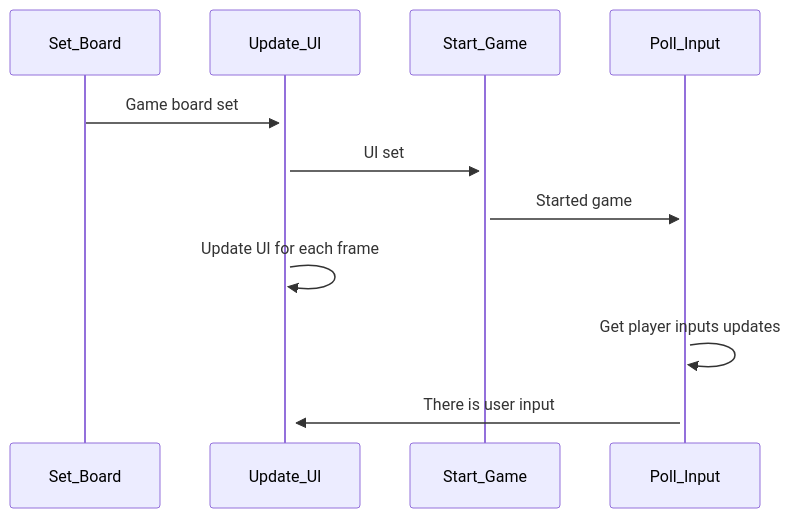
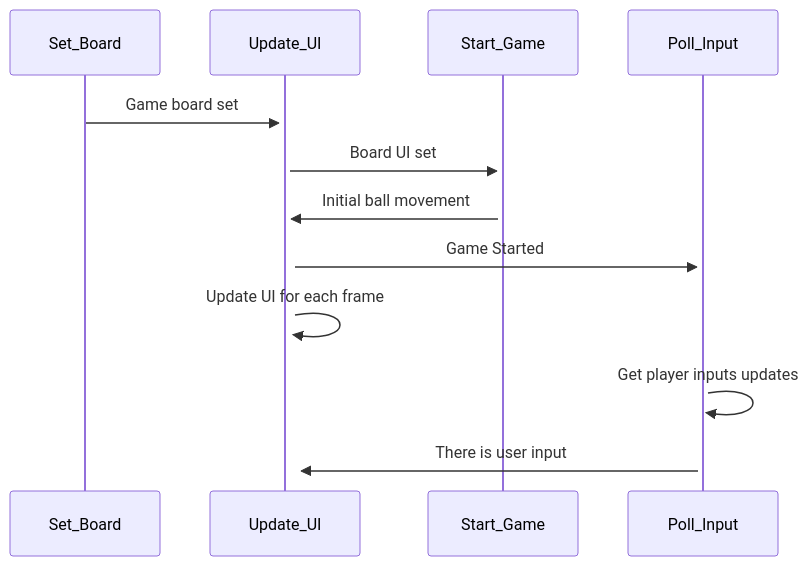
The first of 6 diagrams in Stage0/sequence-start.md (Engin-Boot/pong-stage-Azimcharoliya), drawn with Mermaid before and after one commit. The commit also changed other lines of this file, not shown here.

Commit message:
Updated Diagrams

````diff
--- a/Stage0/sequence-start.md
+++ b/Stage0/sequence-start.md
@@ -5,9 +7,10 @@
 ```mermaid
 sequenceDiagram
   Set_Board->>+Update_UI: Game board set
-  Update_UI->>+Start_Game: UI set
-  Start_Game->>+Poll_Input: Started game
+  Update_UI->>+Start_Game: Board UI set
+  Start_Game->>+Update_UI: Initial ball movement
+  Update_UI->>+Poll_Input: Game Started
   Update_UI->>+Update_UI: Update UI for each frame
   Poll_Input->>+Poll_Input: Get player inputs updates
   Poll_Input->>+Update_UI: There is user input
 ```
````
